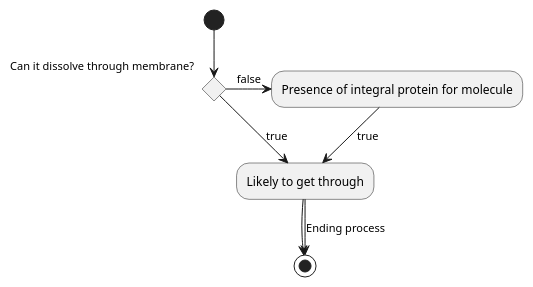
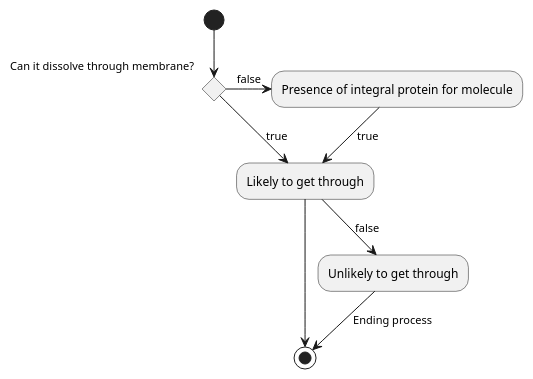
The diagram in Biology/Cell-Biology/Cell-Membrane.md (ashwinreddy/wiki), drawn with PlantUML before and after one commit.

Commit message:
Updated Cell%20Membrane (markdown)

```diff
--- a/Biology/Cell-Biology/Cell-Membrane.md
+++ b/Biology/Cell-Biology/Cell-Membrane.md
@@ -40,10 +40,11 @@
 @startuml
 (*) --> if "Can it dissolve through membrane?" then
   -->[true] "Likely to get through"
   -right-> (*)
 else
   ->[false] "Presence of integral protein for molecule"
   -->[true] "Likely to get through"
+  -->[false] "Unlikely to get through"
   -->[Ending process] (*)
 endif
 @enduml
```
